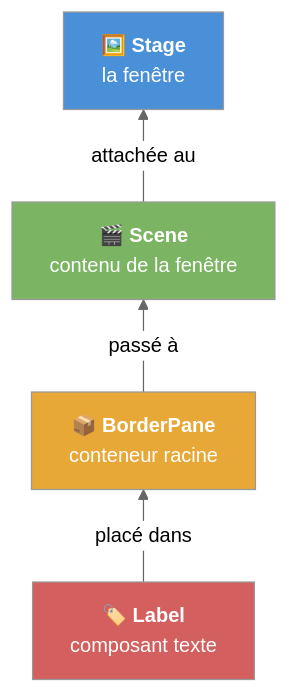
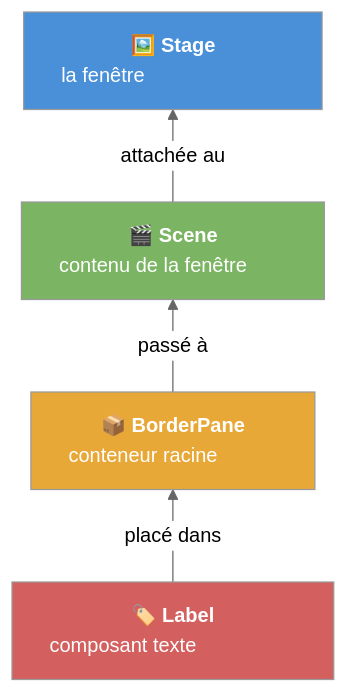
Before and after one commit to IUTInfoAix-R202-2026/tp1-Chtioui-1: the diagram in README.md, drawn with Mermaid (neutral theme).

Commit message:
docs(tp1): graphe de scène largeur uniforme restaurée avec emsp

````diff
--- a/README.md
+++ b/README.md
@@ -551,11 +551,11 @@
 ```mermaid
 graph BT
-    D["🏷️ <b>Label</b><br/>composant texte"] -- "placé dans" --> C["📦 <b>BorderPane</b><br/>conteneur racine"]
-    C -- "passé à" --> B["🎬 <b>Scene</b><br/>contenu de la fenêtre"]
-    B -- "attachée au" --> A["🖼️ <b>Stage</b><br/>la fenêtre"]
+    D["🏷️ <b>Label</b><br/>composant texte&emsp;&emsp;&emsp;&emsp;&emsp;"] -- "placé dans" --> C["📦 <b>BorderPane</b><br/>conteneur racine&emsp;&emsp;&emsp;"]
+    C -- "passé à" --> B["🎬 <b>Scene</b><br/>contenu de la fenêtre&emsp;&emsp;"]
+    B -- "attachée au" --> A["🖼️ <b>Stage</b><br/>la fenêtre&emsp;&emsp;&emsp;&emsp;&emsp;&emsp;&emsp;"]
     
     style A fill:#4a90d9,color:white
     style B fill:#7bb563,color:white
     style C fill:#e8a838,color:white
     style D fill:#d35f5f,color:white
 ```
````
